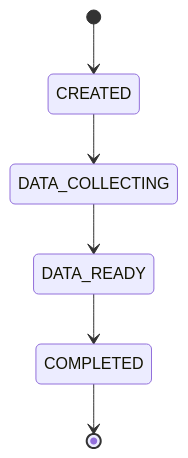
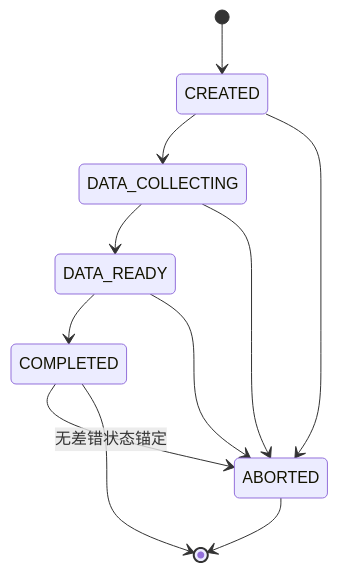
Before and after one commit to fengwuxp/wind-funds: the sixth of 17 diagrams in docs/系分设计/03-清结算与对账系分设计.md, drawn with Mermaid. The commit also changed other lines of this file and 94 other files, not shown here.

````diff
--- a/docs/系分设计/03-清结算与对账系分设计.md
+++ b/docs/系分设计/03-清结算与对账系分设计.md
@@ -446,8 +450,13 @@
 ```mermaid
 stateDiagram
     [*] --> CREATED
     CREATED --> DATA_COLLECTING
     DATA_COLLECTING --> DATA_READY
     DATA_READY --> COMPLETED
+    CREATED --> ABORTED
+    DATA_COLLECTING --> ABORTED
+    DATA_READY --> ABORTED
+    COMPLETED --> ABORTED: 无差错状态锚定
     COMPLETED --> [*]
+    ABORTED --> [*]
 ```
````
